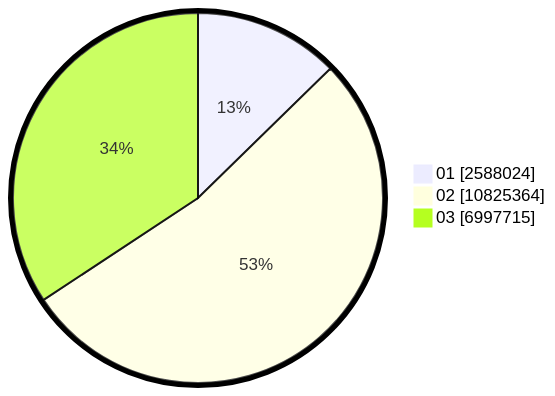
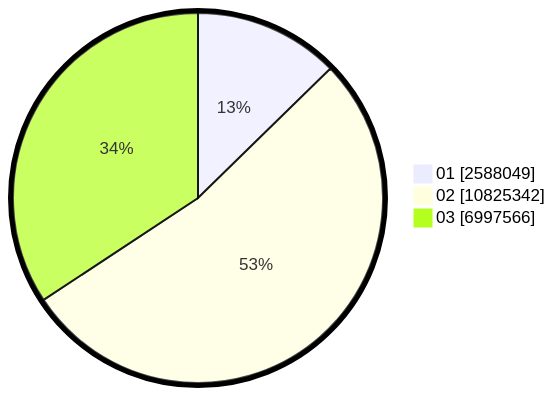
Before and after one commit to gigit-pemilu/pemilu-2024: the second of 2 diagrams in pilpres/hitung-suara/sub/table-wilayah-33.md, drawn with Mermaid. The commit also changed other lines of this file and 7 other files, not shown here.

````diff
--- a/pilpres/hitung-suara/sub/table-wilayah-33.md
+++ b/pilpres/hitung-suara/sub/table-wilayah-33.md
@@ -15,7 +15,7 @@
 ```mermaid
 %%{init: {"pie": {"textPosition": 0.5}, "themeVariables": {"pieOuterStrokeWidth": "5px"}} }%%
 pie showData
-    "01" : 2588024
-    "02" : 10825364
-    "03" : 6997715
+    "01" : 2588049
+    "02" : 10825342
+    "03" : 6997566
 ```
````
